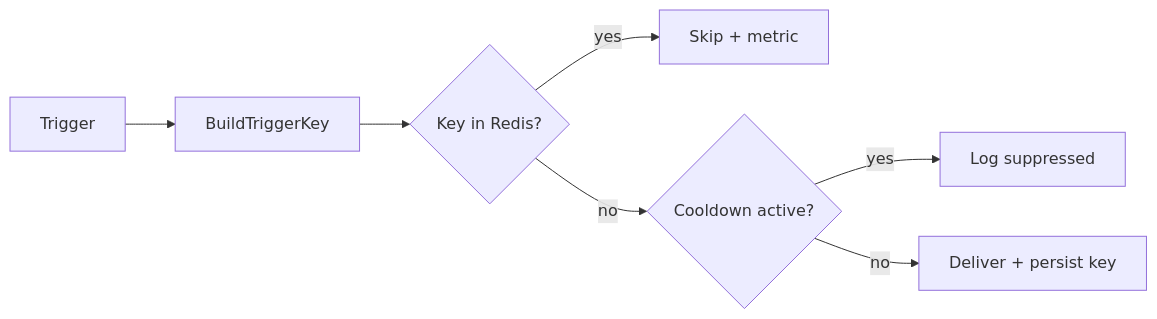
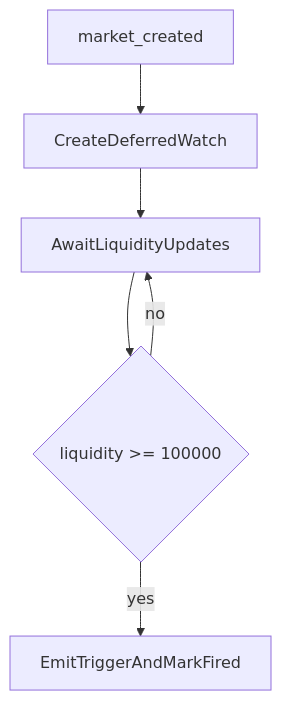
One commit to MarchenkoRuslan/alarm_system changed the third of 3 diagrams in docs/architecture/architecture-deck.md. Above: the diagram before and after it, drawn with Mermaid. The commit also changed other lines of this file and 18 other files, not shown here.

First line of the commit message:
Add .gitignore and update architecture documentation for Polymarket MVP

````diff
--- a/docs/architecture/architecture-deck.md
+++ b/docs/architecture/architecture-deck.md
@@ -242,9 +103,8 @@
 ```mermaid
-flowchart LR
-  T[Trigger] --> K[BuildTriggerKey]
-  K --> R{Key in Redis?}
-  R -->|yes| Skip[Skip + metric]
-  R -->|no| CD{Cooldown active?}
-  CD -->|yes| Log[Log suppressed]
-  CD -->|no| Send[Deliver + persist key]
+flowchart TB
+  created[market_created] --> arm[CreateDeferredWatch]
+  arm --> wait[AwaitLiquidityUpdates]
+  wait --> check{liquidity >= 100000}
+  check -->|no| wait
+  check -->|yes| fire[EmitTriggerAndMarkFired]
 ```
````
